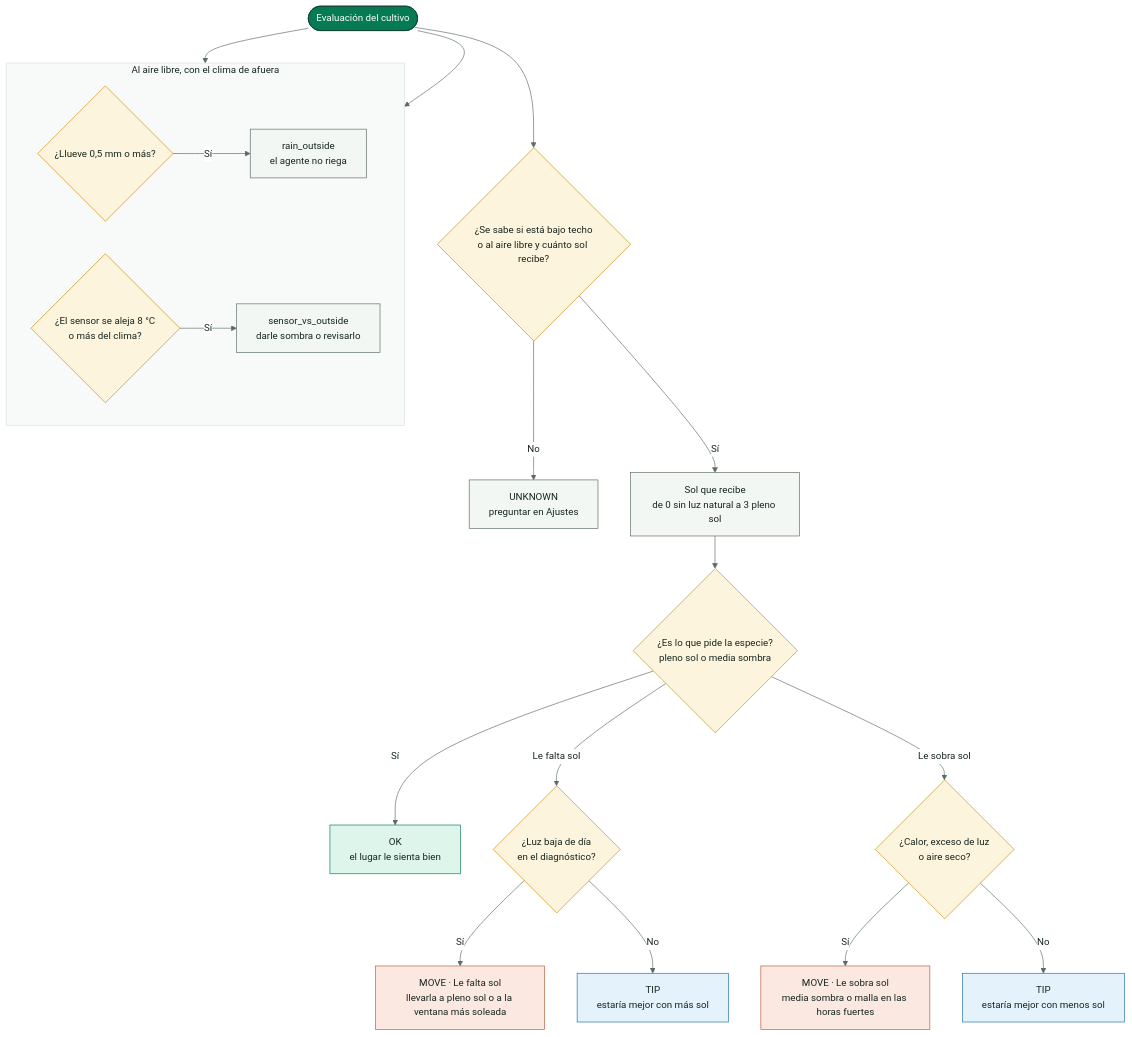
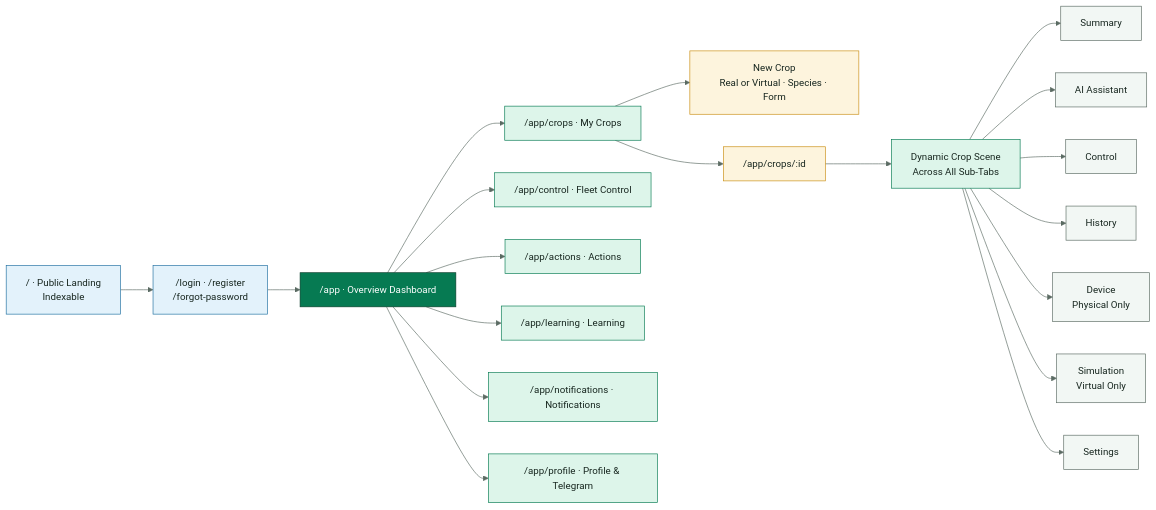
Before and after one commit to SmartPotTech/.github: the ninth of 14 diagrams in docs/SmartPot_Technical_Documentation.md, drawn with Mermaid. The commit also changed other lines of this file and 186 other files, not shown here.

Commit message:
docs(specs): synchronize 100% english organization documentation, diagrams, and formal deliverables

````diff
--- a/docs/SmartPot_Technical_Documentation.md
+++ b/docs/SmartPot_Technical_Documentation.md
@@ -948,35 +549,29 @@
 ```mermaid
 %%{init: {"theme": "base", "fontFamily": "Segoe UI, Arial, sans-serif", "themeVariables": {"fontFamily": "Segoe UI, Arial, sans-serif", "fontSize": "15px", "primaryColor": "#DDF5EA", "primaryTextColor": "#17261F", "primaryBorderColor": "#067A52", "secondaryColor": "#E3F2FB", "secondaryTextColor": "#17261F", "secondaryBorderColor": "#1F6FA0", "tertiaryColor": "#F2F7F4", "tertiaryTextColor": "#17261F", "tertiaryBorderColor": "#D5E3DC", "lineColor": "#5B6B63", "textColor": "#17261F", "mainBkg": "#DDF5EA", "nodeBorder": "#067A52", "clusterBkg": "#F7FAF8", "clusterBorder": "#D5E3DC", "edgeLabelBackground": "#FFFFFF", "actorBkg": "#067A52", "actorBorder": "#0B3D2B", "actorTextColor": "#FFFFFF", "actorLineColor": "#5B6B63", "signalColor": "#17261F", "signalTextColor": "#17261F", "labelBoxBkgColor": "#0B3D2B", "labelBoxBorderColor": "#0B3D2B", "labelTextColor": "#FFFFFF", "loopTextColor": "#0B3D2B", "noteBkgColor": "#FDF4DD", "noteBorderColor": "#C98D12", "noteTextColor": "#17261F", "activationBkgColor": "#DDF5EA", "activationBorderColor": "#067A52", "attributeBackgroundColorOdd": "#FFFFFF", "attributeBackgroundColorEven": "#F2F7F4"}}}%%
-flowchart TB
-  eval(["Evaluación del cultivo"]) --> known{"¿Se sabe si está bajo techo<br/>o al aire libre y cuánto sol recibe?"}
-  known -->|"No"| unknown["UNKNOWN<br/>preguntar en Ajustes"]
-  known -->|"Sí"| sun["Sol que recibe<br/>de 0 sin luz natural a 3 pleno sol"]
-  sun --> fits{"¿Es lo que pide la especie?<br/>pleno sol o media sombra"}
-  fits -->|"Sí"| ok["OK<br/>el lugar le sienta bien"]
-  fits -->|"Le falta sol"| dark{"¿Luz baja de día<br/>en el diagnóstico?"}
-  dark -->|"Sí"| more["MOVE · Le falta sol<br/>llevarla a pleno sol o a la ventana más soleada"]
-  dark -->|"No"| tipMore["TIP<br/>estaría mejor con más sol"]
-  fits -->|"Le sobra sol"| hot{"¿Calor, exceso de luz<br/>o aire seco?"}
-  hot -->|"Sí"| less["MOVE · Le sobra sol<br/>media sombra o malla en las horas fuertes"]
-  hot -->|"No"| tipLess["TIP<br/>estaría mejor con menos sol"]
-  subgraph outside["Al aire libre, con el clima de afuera"]
-    direction LR
-    rain{"¿Llueve 0,5 mm o más?"} -->|"Sí"| norain["rain_outside<br/>el agente no riega"]
-    gap{"¿El sensor se aleja 8 °C<br/>o más del clima?"} -->|"Sí"| check["sensor_vs_outside<br/>darle sombra o revisarlo"]
-  end
-  eval --> rain
-  eval --> gap
+flowchart LR
+  inicio["/ · Public Landing<br/>Indexable"] --> ingreso["/login · /register<br/>/forgot-password"]
+  ingreso --> panel["/app · Overview Dashboard"]
+  panel --> cultivos["/app/crops · My Crops"]
+  cultivos --> nuevo["New Crop<br/>Real or Virtual · Species · Form"]
+  cultivos --> detalle["/app/crops/:id"]
+  detalle --> hero["Dynamic Crop Scene<br/>Across All Sub-Tabs"]
+  hero --> t1["Summary"] & t2["AI Assistant"] & t3["Control"] & t4["History"] & t5["Device<br/>Physical Only"] & t6["Simulation<br/>Virtual Only"] & t7["Settings"]
+  panel --> control["/app/control · Fleet Control"]
+  panel --> acciones["/app/actions · Actions"]
+  panel --> aprendizaje["/app/learning · Learning"]
+  panel --> alertas["/app/notifications · Notifications"]
+  panel --> perfil["/app/profile · Profile & Telegram"]
   classDef leaf fill:#DDF5EA,stroke:#067A52,color:#17261F
   classDef water fill:#E3F2FB,stroke:#1F6FA0,color:#17261F
   classDef sun fill:#FDF4DD,stroke:#C98D12,color:#17261F
   classDef clay fill:#FBE9E1,stroke:#B85A38,color:#17261F
   classDef core fill:#067A52,stroke:#0B3D2B,color:#FFFFFF
   classDef deep fill:#0B3D2B,stroke:#06281C,color:#FFFFFF
   classDef muted fill:#F2F7F4,stroke:#5B6B63,color:#17261F
-  class eval core
-  class known,fits,dark,hot,rain,gap sun
-  class ok leaf
-  class tipMore,tipLess water
-  class more,less clay
-  class unknown,sun,norain,check muted
+  class inicio,ingreso water
+  class panel core
+  class cultivos,control,acciones,aprendizaje,alertas,perfil leaf
+  class detalle,nuevo sun
+  class hero leaf
+  class t1,t2,t3,t4,t5,t6,t7 muted
 ```
````
